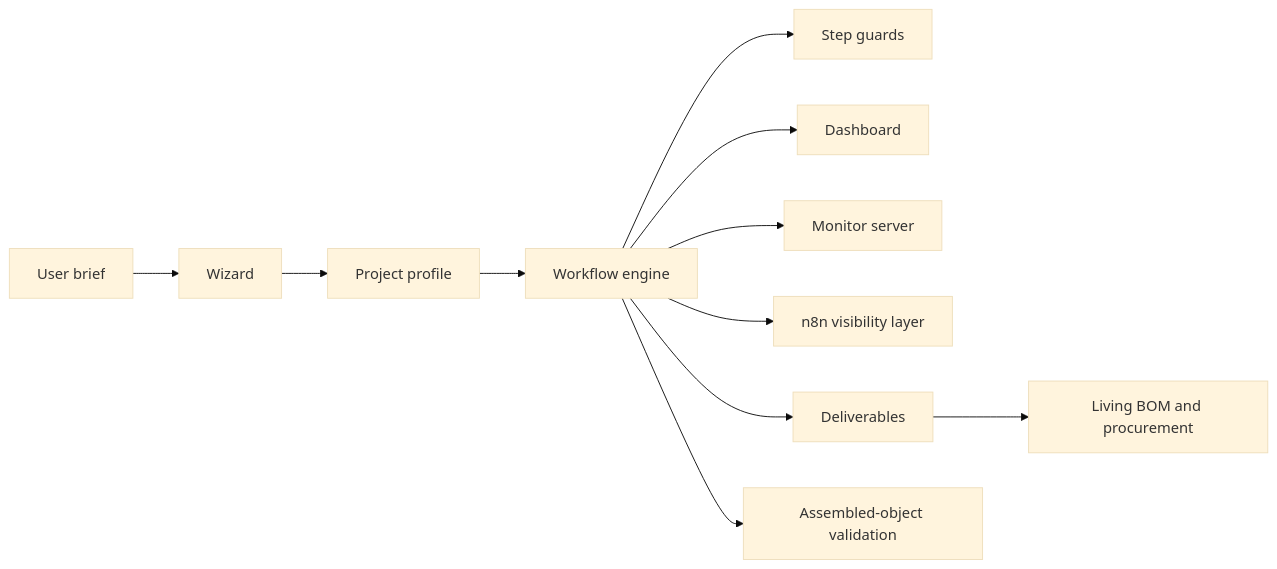
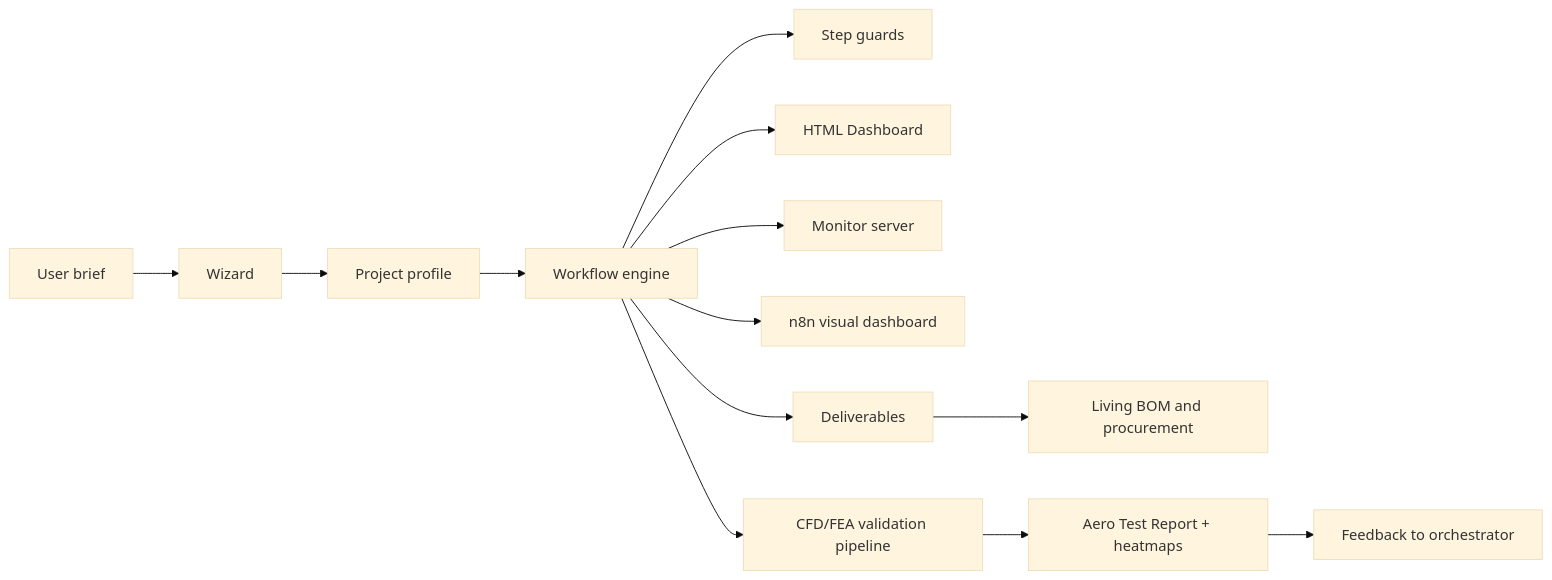
One commit to ipanov/aeroforge changed the first of 2 diagrams in docs/framework/overview.md. Above: the diagram before and after it, drawn with Mermaid (base theme). The commit also changed other lines of this file and 6 other files, not shown here.

First line of the commit message:
docs: update all documentation for CFD pipeline, n8n visual, per-project BOM

````diff
--- a/docs/framework/overview.md
+++ b/docs/framework/overview.md
@@ -35,13 +35,15 @@
 ```mermaid
 flowchart LR
     A[User brief] --> B[Wizard]
     B --> C[Project profile]
     C --> D[Workflow engine]
     D --> E[Step guards]
-    D --> F[Dashboard]
+    D --> F[HTML Dashboard]
     D --> G[Monitor server]
-    D --> H[n8n visibility layer]
+    D --> H[n8n visual dashboard]
     D --> I[Deliverables]
     I --> J[Living BOM and procurement]
-    D --> K[Assembled-object validation]
+    D --> K[CFD/FEA validation pipeline]
+    K --> L[Aero Test Report + heatmaps]
+    L --> M[Feedback to orchestrator]
 ```
````
